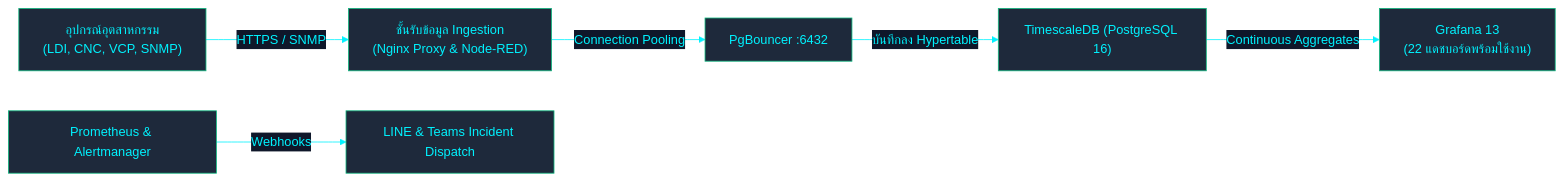
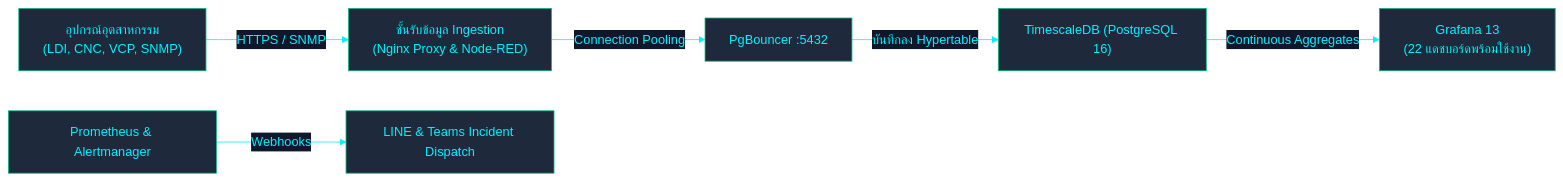
Before and after one commit to PATTANAKORN025/IMS: the diagram in th/docs/product/ONBOARDING.md, drawn with Mermaid. The commit also changed 36 other files, not shown here.

First line of the commit message:
fix(docs): reconcile 115 mermaid diagrams with architecture across 3 languages

````diff
--- a/th/docs/product/ONBOARDING.md
+++ b/th/docs/product/ONBOARDING.md
@@ -26,9 +26,9 @@
 ```mermaid
 %%{init: {'theme': 'base', 'themeVariables': { 'primaryColor': '#1e293b', 'primaryTextColor': '#00F2FE', 'primaryBorderColor': '#10B981', 'lineColor': '#00F2FE', 'secondaryColor': '#0f172a', 'tertiaryColor': '#0f172a', 'clusterBkg': '#030407', 'clusterBorder': '#00F2FE'}}}%%
 flowchart LR
   EDGE["อุปกรณ์อุตสาหกรรม\n(LDI, CNC, VCP, SNMP)"] -->|"HTTPS / SNMP"| INGEST["ชั้นรับข้อมูล Ingestion\n(Nginx Proxy & Node-RED)"]
-  INGEST -->|"Connection Pooling"| PGB["PgBouncer :6432"]
+  INGEST -->|"Connection Pooling"| PGB["PgBouncer :5432"]
   PGB -->|"บันทึกลง Hypertable"| TSDB["TimescaleDB (PostgreSQL 16)"]
   TSDB -->|"Continuous Aggregates"| GRAFANA["Grafana 13\n(22 แดชบอร์ดพร้อมใช้งาน)"]
   PROM["Prometheus & Alertmanager"] -->|"Webhooks"| NOTIF["LINE & Teams Incident Dispatch"]
 ```
````
